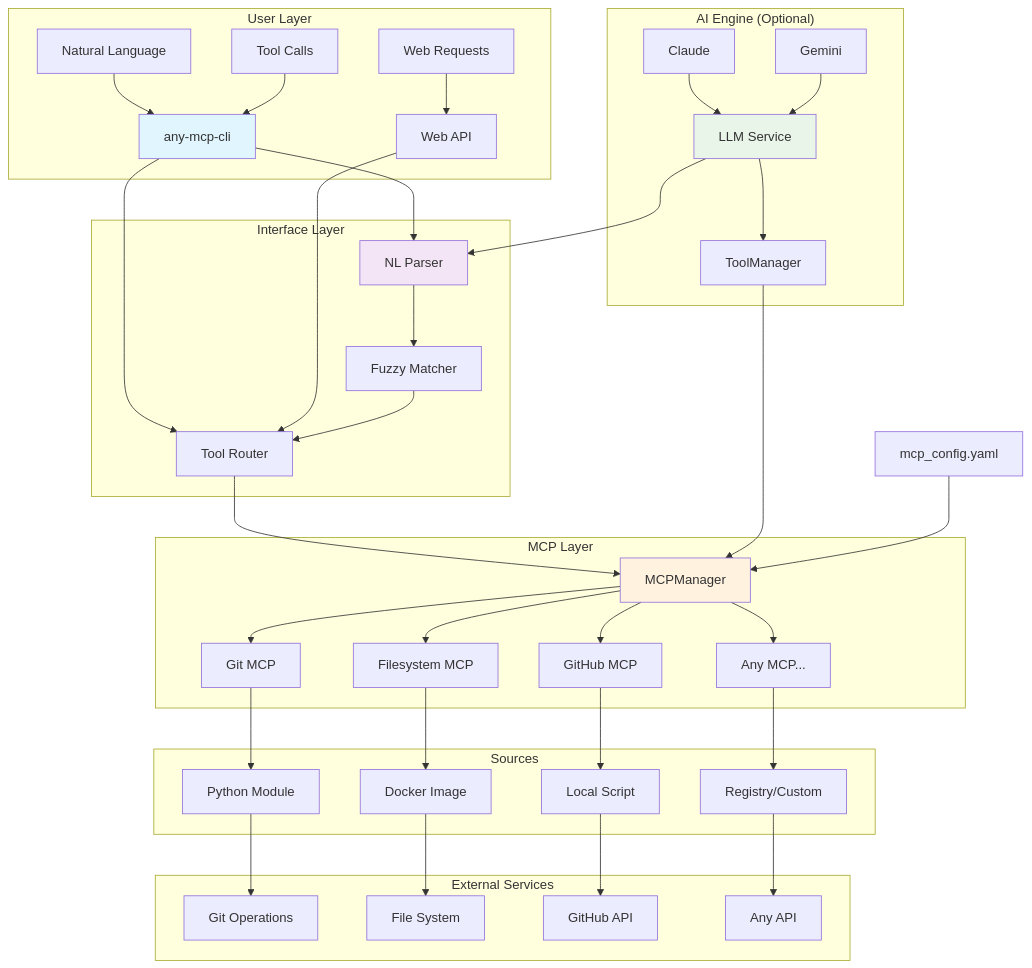
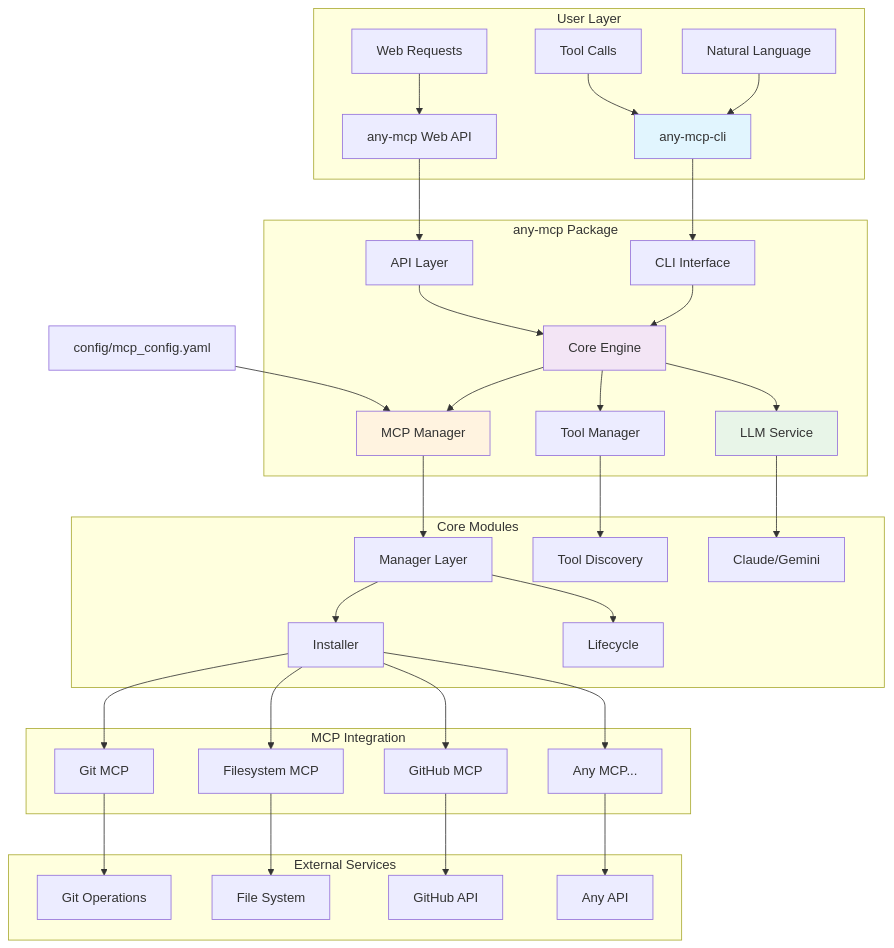
The diagram in README.md (chi-n-nguyen/any-mcp), drawn with Mermaid before and after one commit. The commit also changed other lines of this file, not shown here.

Commit message:
update: fix architecture diagram and core components to reflect new package structure

````diff
--- a/README.md
+++ b/README.md
@@ -24,55 +24,49 @@
 ```mermaid
 graph TD
     subgraph "User Layer"
         A[Natural Language] --> B[any-mcp-cli]
         A2[Tool Calls] --> B
-        A3[Web Requests] --> C[Web API]
+        A3[Web Requests] --> C[any-mcp Web API]
     end
     
-    subgraph "Interface Layer"
-        B --> D[NL Parser]
-        B --> E[Tool Router]
-        C --> E
-        D --> F[Fuzzy Matcher]
-        F --> E
+    subgraph "any-mcp Package"
+        B --> D[CLI Interface]
+        C --> E[API Layer]
+        D --> F[Core Engine]
+        E --> F
+        F --> G[MCP Manager]
+        F --> H[Tool Manager]
+        F --> I[LLM Service]
     end
     
-    subgraph "AI Engine (Optional)"
-        G[LLM Service] --> D
-        G --> H[ToolManager]
-        G1[Claude] --> G
-        G2[Gemini] --> G
+    subgraph "Core Modules"
+        G --> J[Manager Layer]
+        H --> K[Tool Discovery]
+        I --> L[Claude/Gemini]
+        J --> M[Installer]
+        J --> N[Lifecycle]
     end
     
-    subgraph "MCP Layer"
-        E --> I[MCPManager]
-        H --> I
-        I --> J[Git MCP]
-        I --> K[Filesystem MCP]
-        I --> L[GitHub MCP]
-        I --> M[Any MCP...]
-    end
-    
-    subgraph "Sources"
-        J --> N[Python Module]
-        K --> O[Docker Image]
-        L --> P[Local Script]
-        M --> Q[Registry/Custom]
+    subgraph "MCP Integration"
+        M --> O[Git MCP]
+        M --> P[Filesystem MCP]
+        M --> Q[GitHub MCP]
+        M --> R[Any MCP...]
     end
     
     subgraph "External Services"
-        N --> R[Git Operations]
-        O --> S[File System]
-        P --> T[GitHub API]
-        Q --> U[Any API]
+        O --> S[Git Operations]
+        P --> T[File System]
+        Q --> U[GitHub API]
+        R --> V[Any API]
     end
     
     %% Config
-    V[mcp_config.yaml] --> I
+    W[config/mcp_config.yaml] --> G
     
     %% Styling
     style B fill:#e1f5fe
-    style D fill:#f3e5f5
-    style G fill:#e8f5e8
-    style I fill:#fff3e0
+    style F fill:#f3e5f5
+    style I fill:#e8f5e8
+    style G fill:#fff3e0
 ```
````
